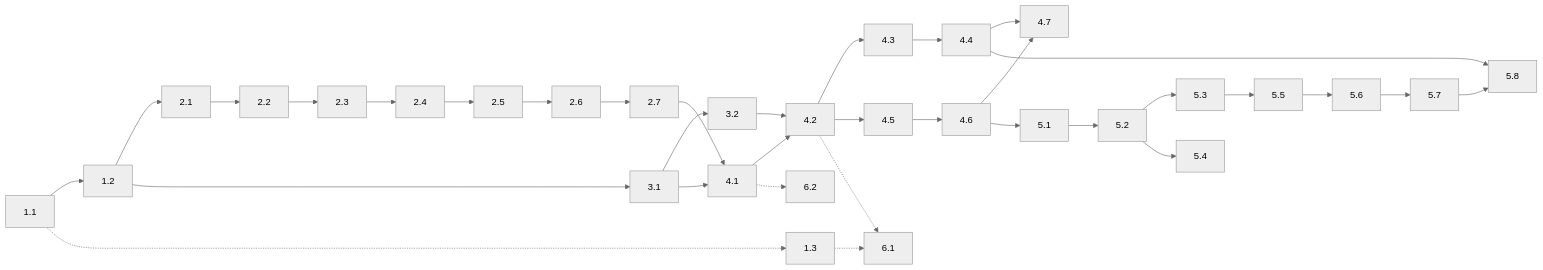
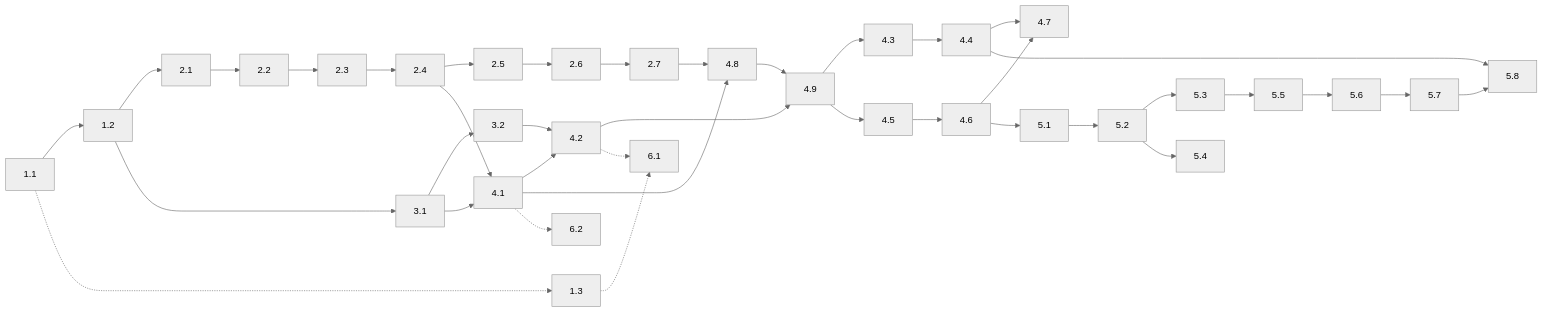
One commit to JacobHayes/cairn changed the diagram in briefs/README.md. Above: the diagram before and after it, drawn with Mermaid (neutral theme). The commit also changed other lines of this file and 10 other files, not shown here.

````diff
--- a/briefs/README.md
+++ b/briefs/README.md
@@ -55,16 +57,18 @@
 ```mermaid
 flowchart LR
     s11[1.1] --> s12[1.2] --> s21[2.1] --> s22[2.2] --> s23[2.3] --> s24[2.4] --> s25[2.5] --> s26[2.6] --> s27[2.7]
     s11 -.-> s13[1.3]
     s12 --> s31[3.1] --> s32[3.2]
-    s27 & s31 --> s41[4.1] --> s42[4.2]
+    s24 & s31 --> s41[4.1] --> s42[4.2]
     s32 --> s42
-    s42 --> s43[4.3] --> s44[4.4]
-    s42 --> s45[4.5] --> s46[4.6]
+    s27 & s41 --> s48[4.8]
+    s48 & s42 --> s49[4.9]
+    s49 --> s43[4.3] --> s44[4.4]
+    s49 --> s45[4.5] --> s46[4.6]
     s44 & s46 --> s47[4.7]
     s46 --> s51[5.1] --> s52[5.2] --> s53[5.3] --> s55[5.5] --> s56[5.6] --> s57[5.7] --> s58[5.8]
     s52 --> s54[5.4]
     s44 --> s58
     s42 & s13 -.-> s61[6.1]
     s41 -.-> s62[6.2]
 ```
````
